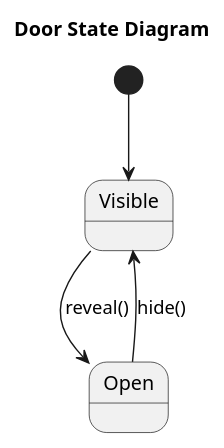
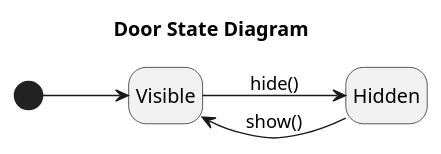
One commit to sn4k3ch4rm3r/logarlec changed the diagram in docs/diagrams/state/door-state.puml. Above: the diagram before and after it, drawn with PlantUML. The commit also changed 9 other files, not shown here.

```diff
--- a/docs/diagrams/state/door-state.puml
+++ b/docs/diagrams/state/door-state.puml
@@ -1,7 +1,9 @@
 @startuml door
+left to right direction
 title Door State Diagram
+hide empty description
 
 [*] --> Visible
-Visible --> Open : reveal()
-Open --> Visible : hide()
+Visible --> Hidden : hide()
+Hidden --> Visible : show()
 @enduml
```
